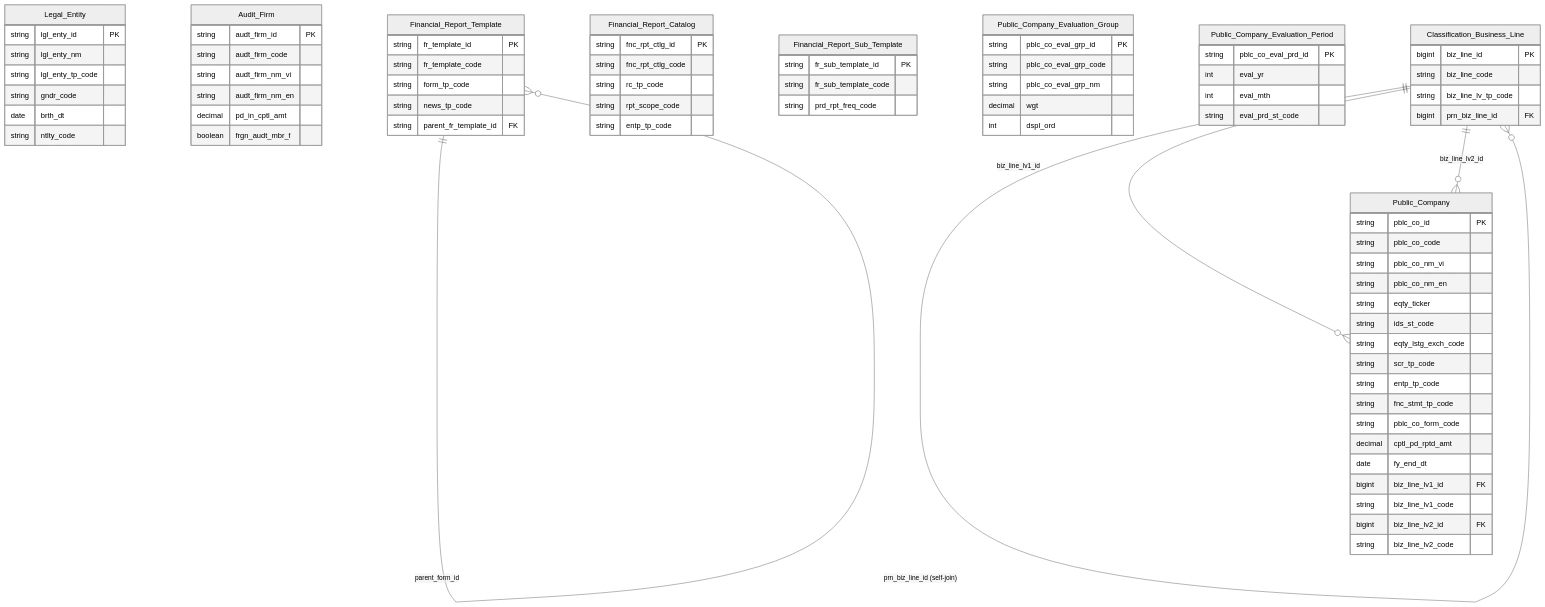
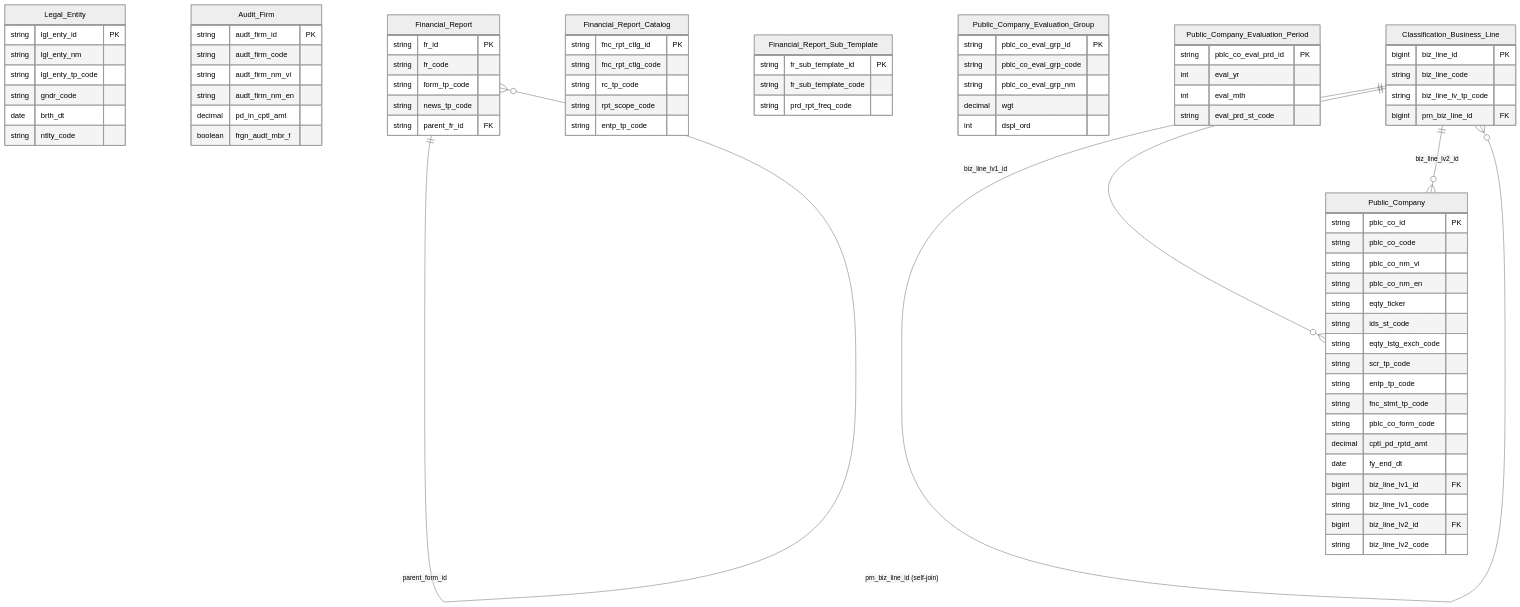
Before and after one commit to linhlvit/ubck_atomic_design: the second of 2 diagrams in DataModel/working/Atomic/hld/IDS_HLD_Tier1.md, drawn with Mermaid (neutral theme). The commit also changed other lines of this file and 31 other files, not shown here.

```diff
--- a/DataModel/working/Atomic/hld/IDS_HLD_Tier1.md
+++ b/DataModel/working/Atomic/hld/IDS_HLD_Tier1.md
@@ -163,12 +163,12 @@
         boolean frgn_audt_mbr_f
     }
 
-    Financial_Report_Template {
-        string fr_template_id PK
-        string fr_template_code
+    Financial_Report {
+        string fr_id PK
+        string fr_code
         string form_tp_code
         string news_tp_code
-        string parent_fr_template_id FK
+        string parent_fr_id FK
     }
 
     Financial_Report_Catalog {
@@ -207,7 +207,7 @@
         bigint prn_biz_line_id FK
     }
 
-    Financial_Report_Template ||--o{ Financial_Report_Template : "parent_form_id"
+    Financial_Report ||--o{ Financial_Report : "parent_form_id"
     Classification_Business_Line ||--o{ Classification_Business_Line : "prn_biz_line_id (self-join)"
     Classification_Business_Line ||--o{ Public_Company : "biz_line_lv1_id"
     Classification_Business_Line ||--o{ Public_Company : "biz_line_lv2_id"
```
